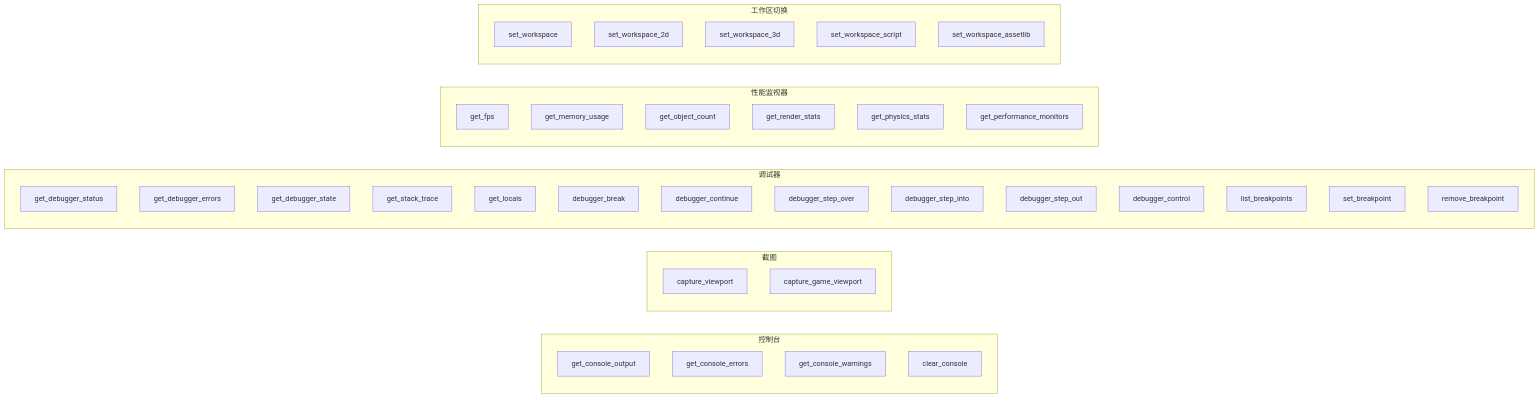
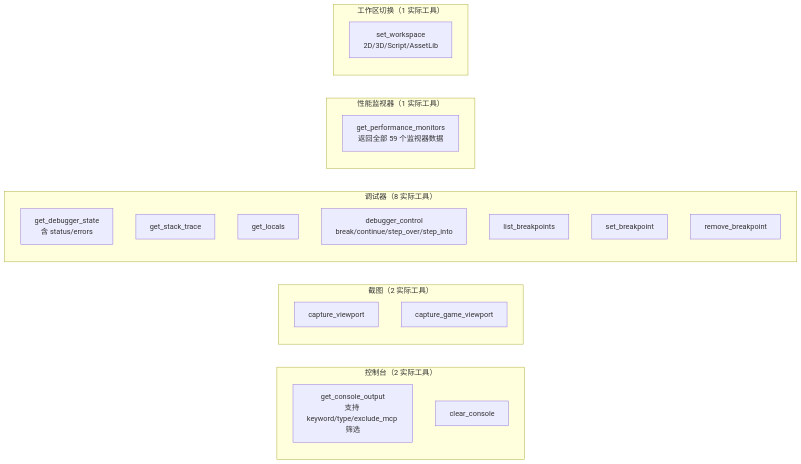
The diagram in .repo_wiki/modules/workspace-tools.md (jesspig/GodotMCP-GDExtension), drawn with Mermaid before and after one commit. The commit also changed other lines of this file and 10 other files, not shown here.

````diff
--- a/.repo_wiki/modules/workspace-tools.md
+++ b/.repo_wiki/modules/workspace-tools.md
@@ -7,44 +7,26 @@
 ```mermaid
 flowchart LR
-    subgraph Console["控制台"]
-        CONSOLE["get_console_output"]
-        ERRORS["get_console_errors"]
-        WARNINGS["get_console_warnings"]
+    subgraph Console["控制台（2 实际工具）"]
+        CONSOLE["get_console_output<br/>支持 keyword/type/exclude_mcp 筛选"]
         CLEAR["clear_console"]
     end
-    subgraph Capture["截图"]
+    subgraph Capture["截图（2 实际工具）"]
         CAPVP["capture_viewport"]
         CAPGV["capture_game_viewport"]
     end
-    subgraph Debugger["调试器"]
-        STATUS["get_debugger_status"]
-        ERR["get_debugger_errors"]
-        STATE["get_debugger_state"]
+    subgraph Debugger["调试器（8 实际工具）"]
+        STATE["get_debugger_state<br/>含 status/errors"]
         STACK["get_stack_trace"]
         LOCALS["get_locals"]
-        BREAK["debugger_break"]
-        CONTINUE["debugger_continue"]
-        SO["debugger_step_over"]
-        SI["debugger_step_into"]
-        SOUT["debugger_step_out"]
-        CTRL["debugger_control"]
+        CTRL["debugger_control<br/>break/continue/step_over/step_into"]
         LISTBP["list_breakpoints"]
         SETBP["set_breakpoint"]
         RMBP["remove_breakpoint"]
     end
-    subgraph Perf["性能监视器"]
-        FPS["get_fps"]
-        MEM["get_memory_usage"]
-        OBJ["get_object_count"]
-        RENDER["get_render_stats"]
-        PHYSICS["get_physics_stats"]
-        MONITOR["get_performance_monitors"]
+    subgraph Perf["性能监视器（1 实际工具）"]
+        MONITOR["get_performance_monitors<br/>返回全部 59 个监视器数据"]
     end
-    subgraph WS["工作区切换"]
-        WS_SET["set_workspace"]
-        WS2D["set_workspace_2d"]
-        WS3D["set_workspace_3d"]
-        SCRIPT["set_workspace_script"]
-        ASSET["set_workspace_assetlib"]
+    subgraph WS["工作区切换（1 实际工具）"]
+        WS_SET["set_workspace<br/>2D/3D/Script/AssetLib"]
     end
 ```
````
